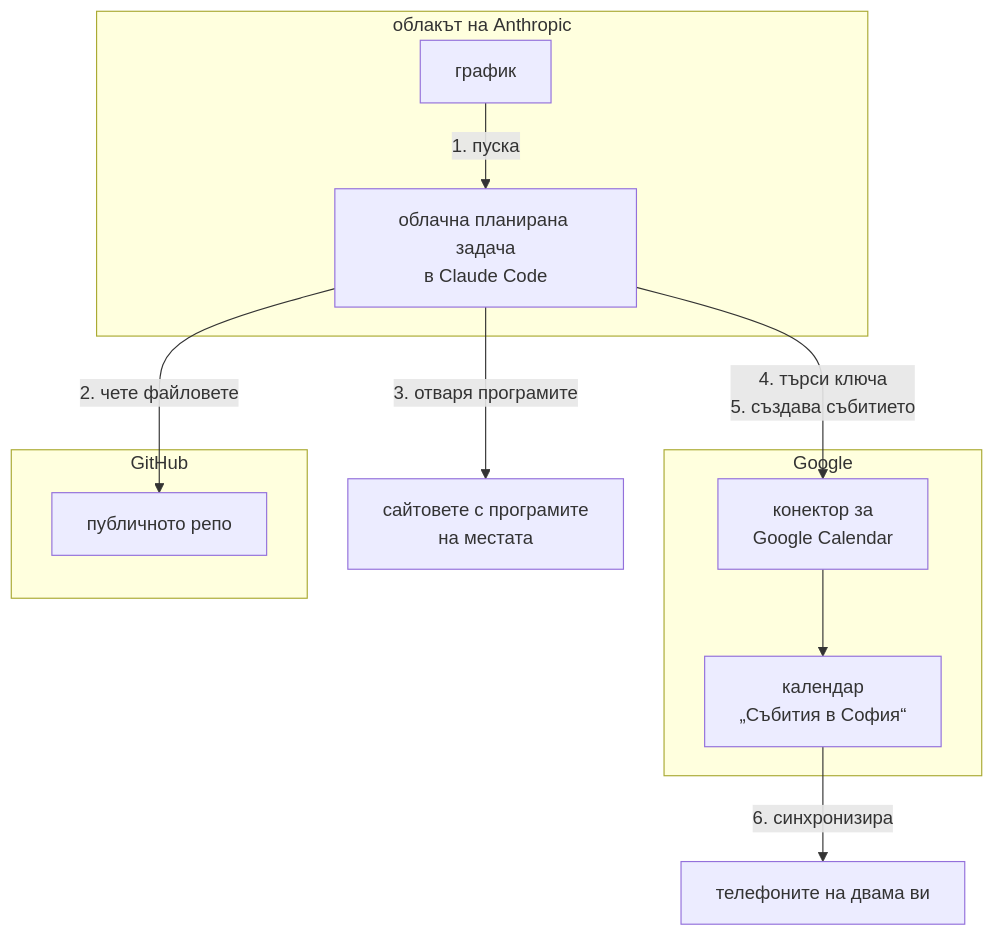
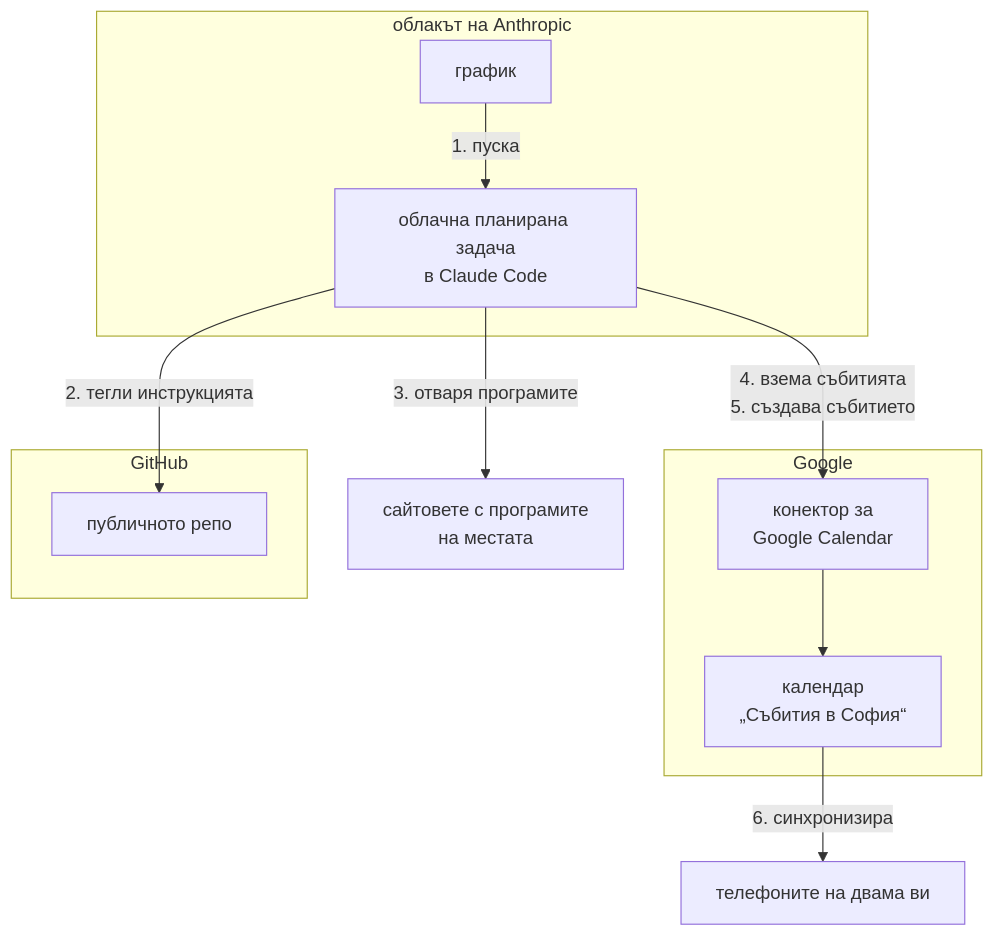
One commit to yankogovedarov/sofia-events-agent changed the diagram in Архитектура.md. Above: the diagram before and after it, drawn with Mermaid. The commit also changed other lines of this file and 4 other files, not shown here.

````diff
--- a/Архитектура.md
+++ b/Архитектура.md
@@ -7,23 +7,23 @@
 ```mermaid
 flowchart TD
     subgraph anthropic["облакът на Anthropic"]
         schedule["график"]
         task["облачна планирана задача<br>в Claude Code"]
     end
     subgraph google["Google"]
         connector["конектор за<br>Google Calendar"]
         calendar["календар<br>„Събития в София“"]
     end
     sites["сайтовете с програмите<br>на местата"]
     subgraph github["GitHub"]
         repo["публичното репо"]
     end
     phones["телефоните на двама ви"]
 
     schedule -->|"1. пуска"| task
-    task -->|"2. чете файловете"| repo
+    task -->|"2. тегли инструкцията"| repo
     task -->|"3. отваря програмите"| sites
-    task -->|"4. търси ключа<br>5. създава събитието"| connector
+    task -->|"4. взема събитията<br>5. създава събитието"| connector
     connector --> calendar
     calendar -->|"6. синхронизира"| phones
 ```
````
